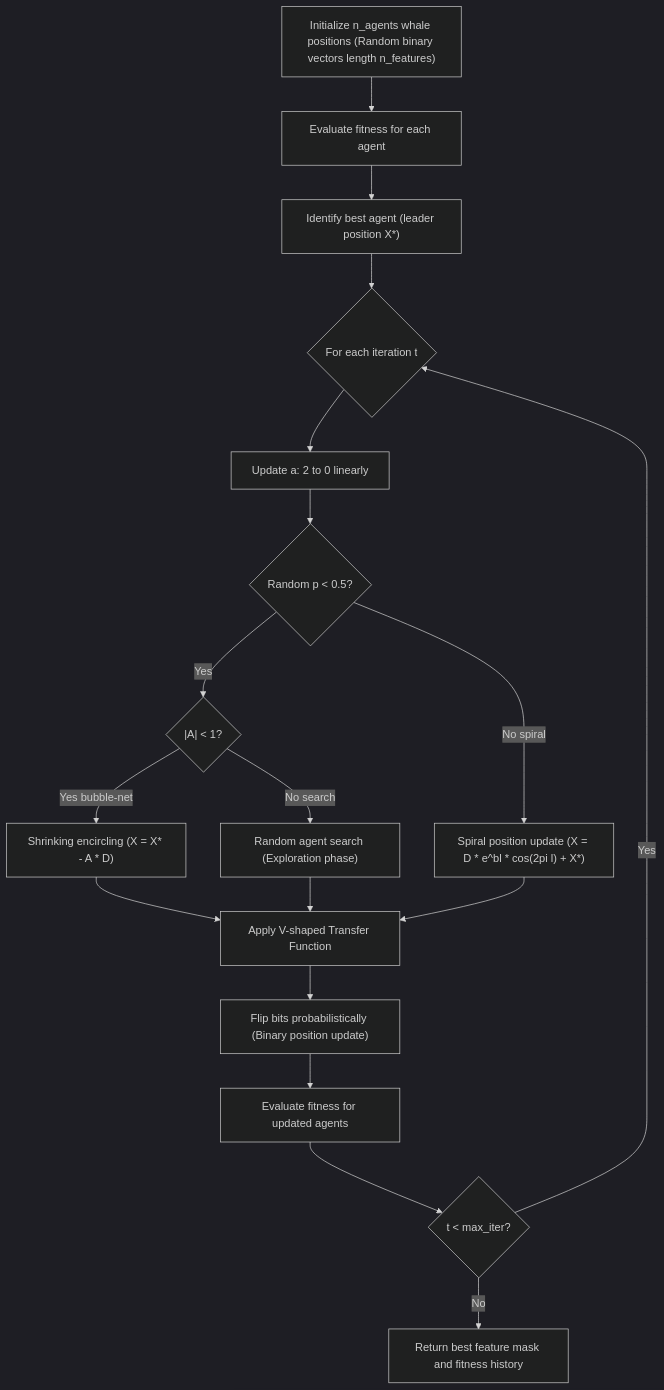
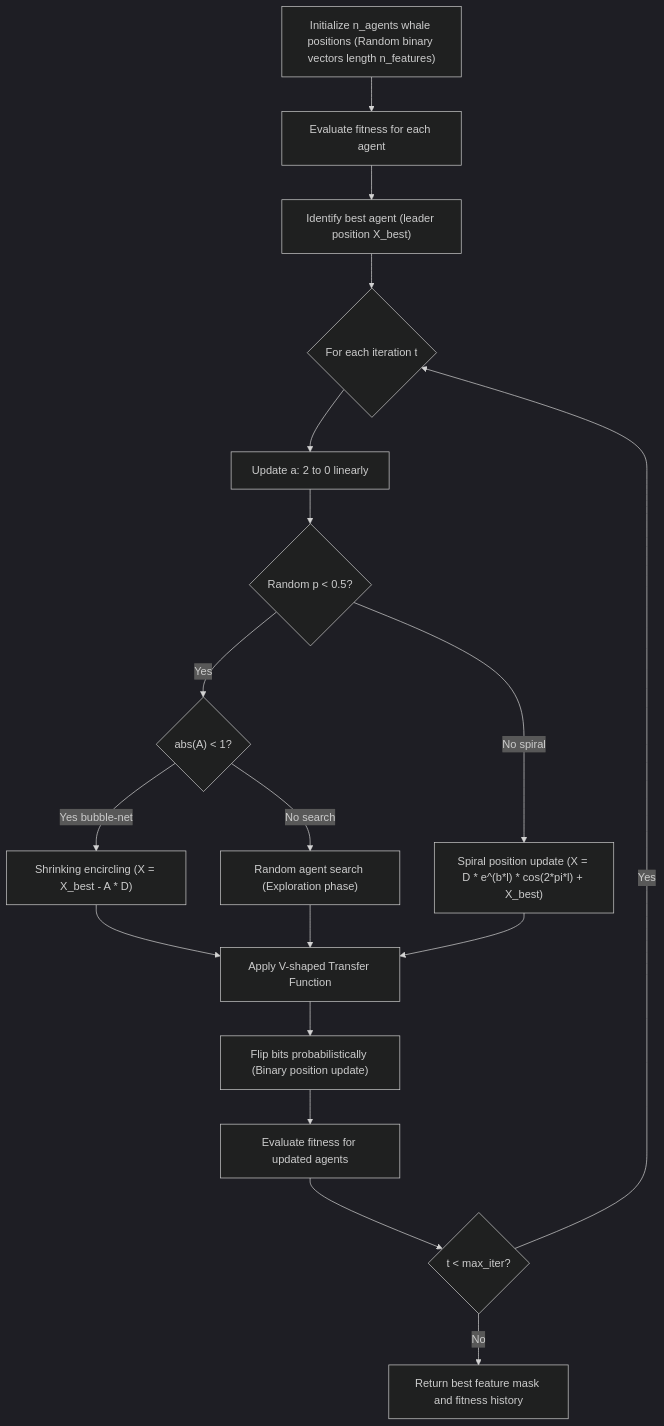
The fourth of 4 diagrams in README.md (mhiskall282/unesco-project), drawn with Mermaid (dark theme) before and after one commit. The commit also changed 11 other files, not shown here.

````diff
--- a/README.md
+++ b/README.md
@@ -192,20 +192,20 @@
 ```mermaid
 flowchart TD
     A["Initialize n_agents whale positions (Random binary vectors length n_features)"] --> B["Evaluate fitness for each agent"]
-    B --> C["Identify best agent (leader position X*)"]
+    B --> C["Identify best agent (leader position X_best)"]
     C --> D{"For each iteration t"}
     D --> E["Update a: 2 to 0 linearly"]
-    E --> F{"Random p < 0.5?"}
-    F -->|Yes| G{"|A| < 1?"}
-    G -->|Yes bubble-net| H["Shrinking encircling (X = X* - A * D)"]
+    E --> F{"Random p &lt; 0.5?"}
+    F -->|Yes| G{"abs(A) &lt; 1?"}
+    G -->|Yes bubble-net| H["Shrinking encircling (X = X_best - A * D)"]
     G -->|No search| I["Random agent search (Exploration phase)"]
-    F -->|No spiral| J["Spiral position update (X = D * e^bl * cos(2pi l) + X*)"]
+    F -->|No spiral| J["Spiral position update (X = D * e^(b*l) * cos(2*pi*l) + X_best)"]
     H --> K["Apply V-shaped Transfer Function"]
     I --> K
     J --> K
     K --> L["Flip bits probabilistically (Binary position update)"]
     L --> M["Evaluate fitness for updated agents"]
-    M --> N{"t < max_iter?"}
+    M --> N{"t &lt; max_iter?"}
     N -->|Yes| D
     N -->|No| O["Return best feature mask and fitness history"]
 ```
````
